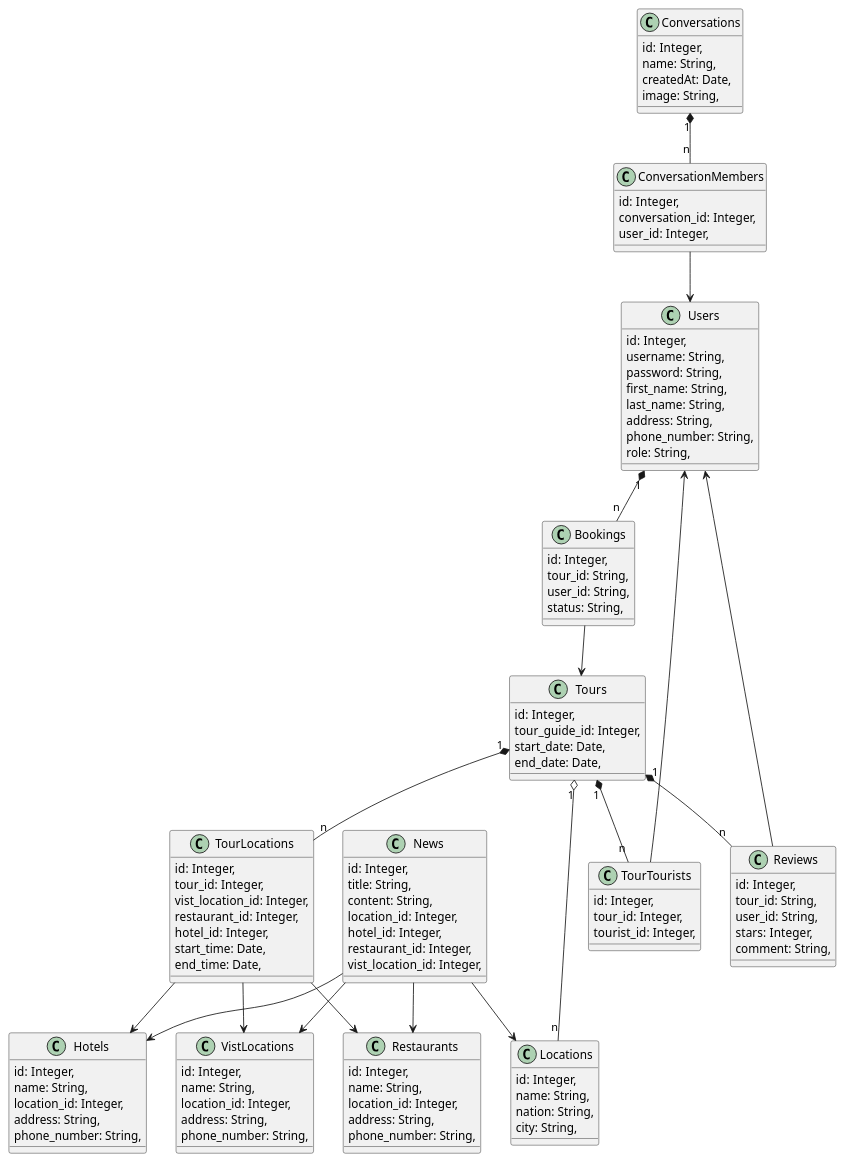
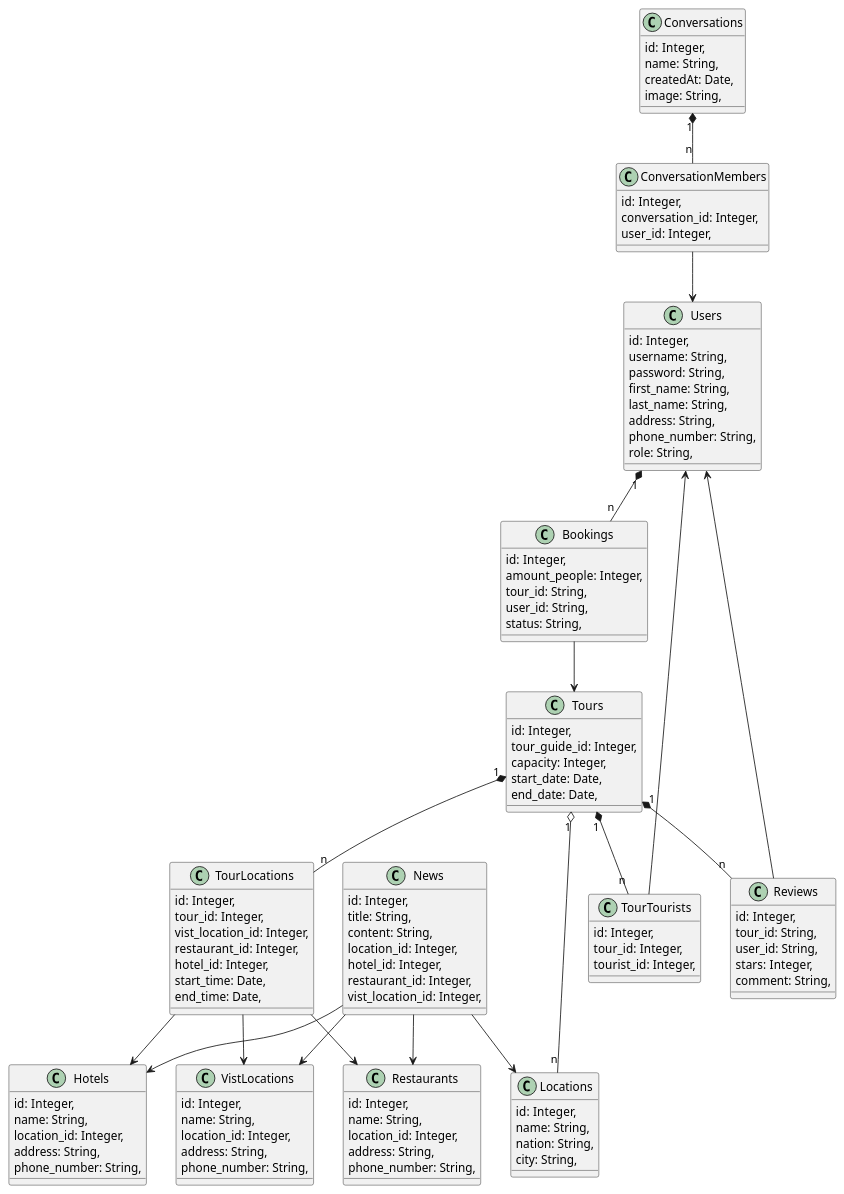
The diagram in lab1.2/class_diagram.plantuml (Khoitran0205/SE357-Pratice-class), drawn with PlantUML before and after one commit.

```diff
--- a/lab1.2/class_diagram.plantuml
+++ b/lab1.2/class_diagram.plantuml
@@ -1,125 +1,127 @@
 @startuml class_diagram
 
 class Users {
     id: Integer,
     username: String,
     password: String,
     first_name: String,
     last_name: String,
     address: String,
     phone_number: String,
     role: String,
 }
 
 class Locations {
     id: Integer,
     name: String,
     nation: String,
     city: String,
 }
 
 class Restaurants {
     id: Integer,
     name: String,
     location_id: Integer,
     address: String,
     phone_number: String,
 }
 
 class Hotels {
     id: Integer,
     name: String,
     location_id: Integer,
     address: String,
     phone_number: String,
 }
 
 class VistLocations {
     id: Integer,
     name: String,
     location_id: Integer,
     address: String,
     phone_number: String,
 }
 
 class Tours {
     id: Integer,
     tour_guide_id: Integer,
+    capacity: Integer,
     start_date: Date,
     end_date: Date,
 }
 
 class TourLocations {
     id: Integer,
     tour_id: Integer,
     vist_location_id: Integer,
     restaurant_id: Integer,
     hotel_id: Integer,
     start_time: Date,
     end_time: Date,
 }
 
 class TourTourists {
     id: Integer,
     tour_id: Integer,
     tourist_id: Integer,
 }
 
 class Reviews {
     id: Integer,
     tour_id: String,
     user_id: String,
     stars: Integer,
     comment: String,
 }
 
 class Conversations {
     id: Integer,
     name: String,
     createdAt: Date,
     image: String,
 }
 
 class ConversationMembers {
     id: Integer,
     conversation_id: Integer,
     user_id: Integer,
 }
 
 class News {
     id: Integer,
     title: String,
     content: String,
     location_id: Integer,
     hotel_id: Integer,
     restaurant_id: Integer,
     vist_location_id: Integer,
 }
 
 class Bookings {
     id: Integer,
+    amount_people: Integer,
     tour_id: String,
     user_id: String,
     status: String,
 }
 
 Users "1" *-- "n" Bookings
 Conversations "1" *-- "n" ConversationMembers
 Tours "1" *-- "n" Reviews
 Tours "1" *-- "n" TourTourists
 Tours "1" *-- "n" TourLocations
 Tours "1" o-- "n" Locations
 News --> Locations
 News --> Hotels
 News --> Restaurants
 News --> VistLocations
 TourLocations --> Hotels
 TourLocations --> Restaurants
 TourLocations --> VistLocations
 Reviews --> Users
 TourTourists --> Users
 ConversationMembers --> Users
 Bookings --> Tours
 
 
 @enduml
```
